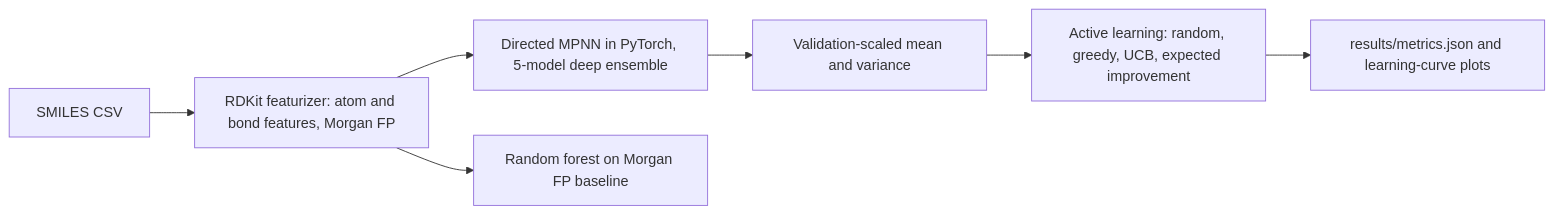
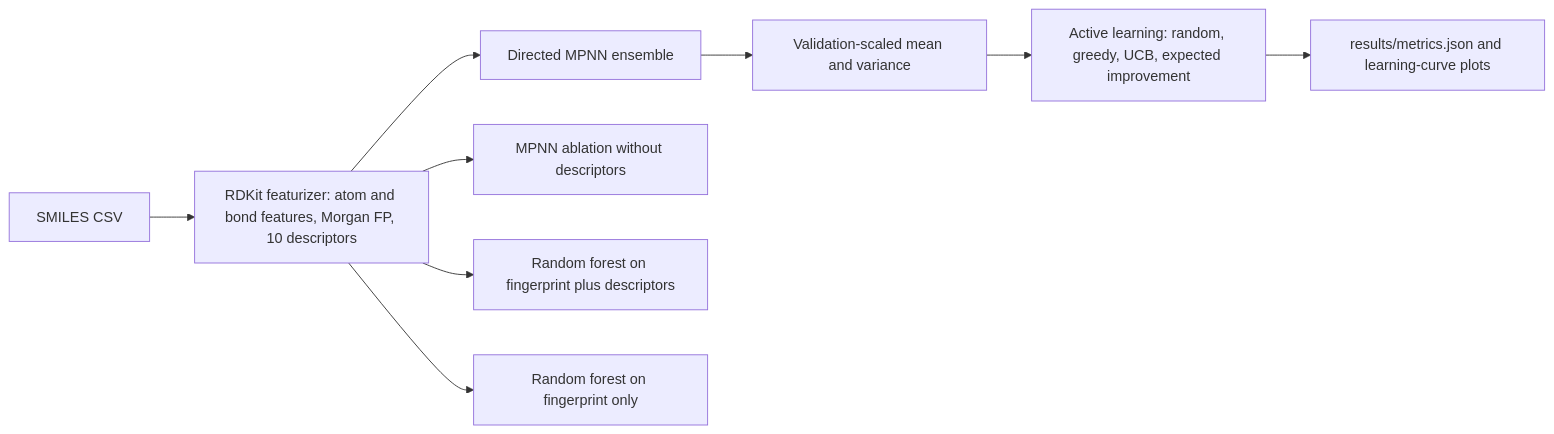
Before and after one commit to sudhir-77/molprop-active-learning: the diagram in README.md, drawn with Mermaid. The commit also changed other lines of this file and 24 other files, not shown here.

````diff
--- a/README.md
+++ b/README.md
@@ -32,9 +32,11 @@
 ```mermaid
 flowchart LR
-  A[SMILES CSV] --> B[RDKit featurizer: atom and bond features, Morgan FP]
-  B --> C[Directed MPNN in PyTorch, 5-model deep ensemble]
-  B --> D[Random forest on Morgan FP baseline]
+  A[SMILES CSV] --> B[RDKit featurizer: atom and bond features, Morgan FP, 10 descriptors]
+  B --> C[Directed MPNN ensemble]
+  B --> C2[MPNN ablation without descriptors]
+  B --> D[Random forest on fingerprint plus descriptors]
+  B --> D2[Random forest on fingerprint only]
   C --> E[Validation-scaled mean and variance]
   E --> F[Active learning: random, greedy, UCB, expected improvement]
   F --> G[results/metrics.json and learning-curve plots]
 ```
````
